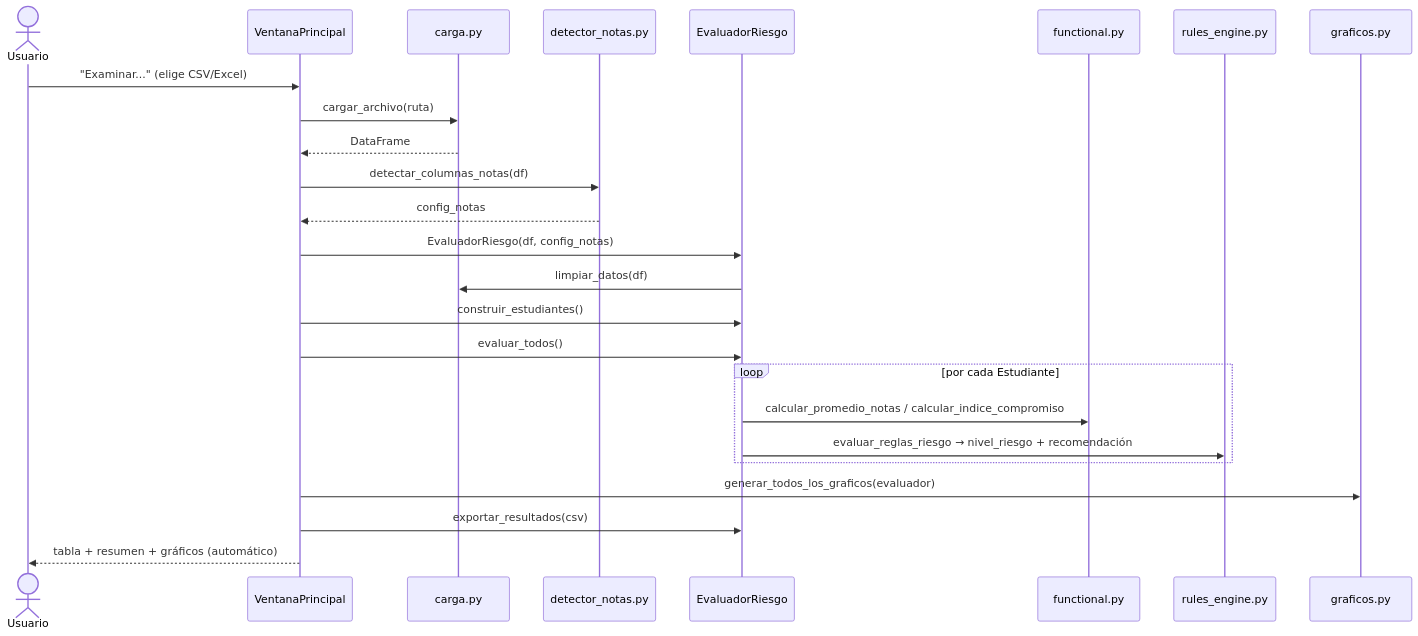
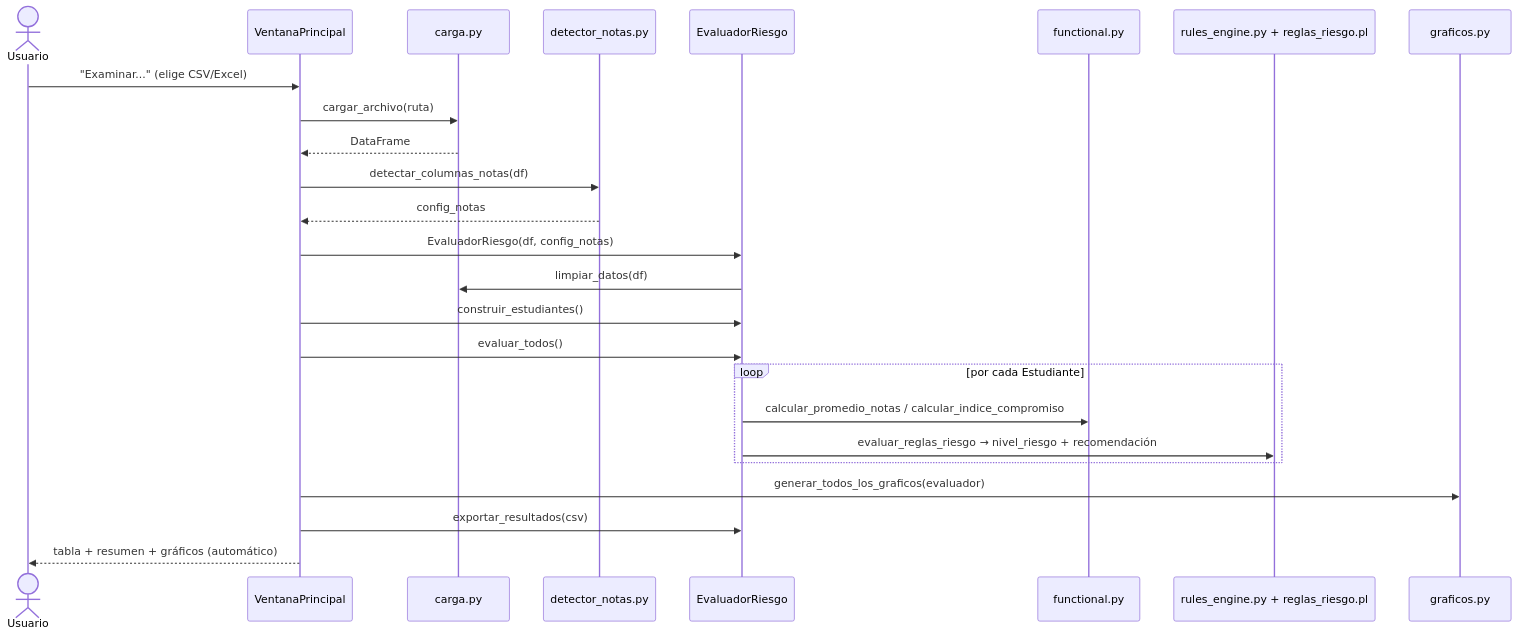
One commit to Andres-leon-fernandez/analisis-de-rendimiento-estudiantil changed the third of 3 diagrams in src/docs/DOCUMENTACION.md. Above: the diagram before and after it, drawn with Mermaid. The commit also changed other lines of this file and 15 other files, not shown here.

````diff
--- a/src/docs/DOCUMENTACION.md
+++ b/src/docs/DOCUMENTACION.md
@@ -129,28 +129,28 @@
 ```mermaid
 sequenceDiagram
     actor Usuario
     participant GUI as VentanaPrincipal
     participant Carga as carga.py
     participant Detector as detector_notas.py
     participant Eval as EvaluadorRiesgo
     participant Func as functional.py
-    participant Reglas as rules_engine.py
+    participant Reglas as rules_engine.py + reglas_riesgo.pl
     participant Graf as graficos.py
 
     Usuario->>GUI: "Examinar..." (elige CSV/Excel)
     GUI->>Carga: cargar_archivo(ruta)
     Carga-->>GUI: DataFrame
     GUI->>Detector: detectar_columnas_notas(df)
     Detector-->>GUI: config_notas
     GUI->>Eval: EvaluadorRiesgo(df, config_notas)
     Eval->>Carga: limpiar_datos(df)
     GUI->>Eval: construir_estudiantes()
     GUI->>Eval: evaluar_todos()
     loop por cada Estudiante
         Eval->>Func: calcular_promedio_notas / calcular_indice_compromiso
         Eval->>Reglas: evaluar_reglas_riesgo → nivel_riesgo + recomendación
     end
     GUI->>Graf: generar_todos_los_graficos(evaluador)
     GUI->>Eval: exportar_resultados(csv)
     GUI-->>Usuario: tabla + resumen + gráficos (automático)
 ```
````
